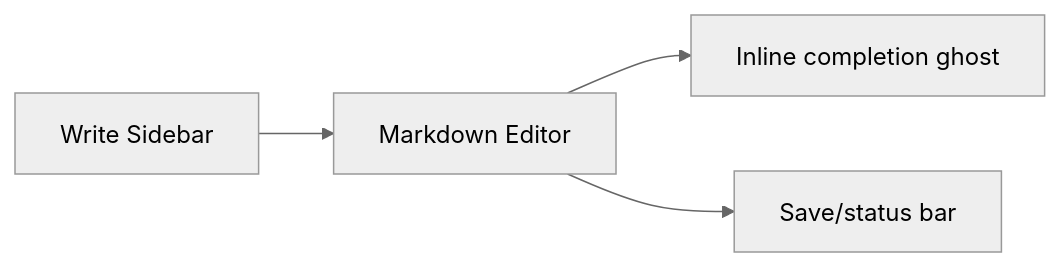
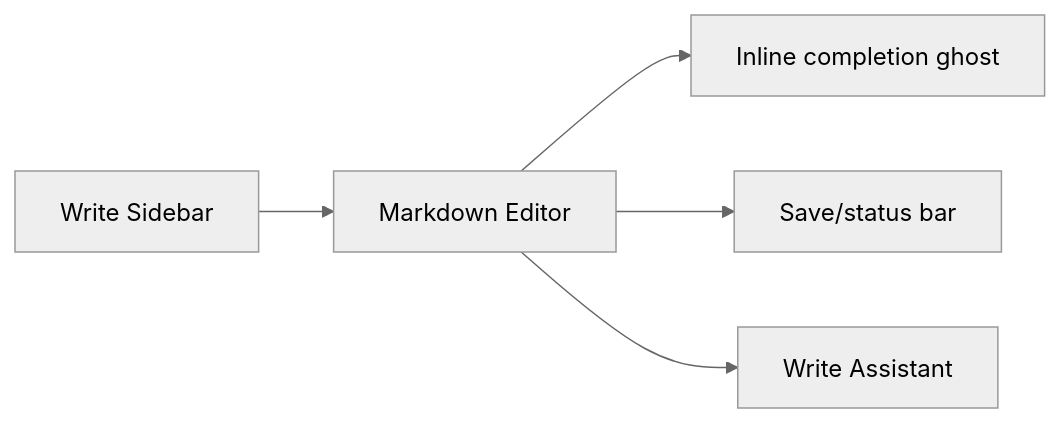
One commit to dp-sudo/agent-pyramid-desktop changed the third of 5 diagrams in docs/ui-layout-reference.md. Above: the diagram before and after it, drawn with Mermaid (neutral theme). The commit also changed other lines of this file and 39 other files, not shown here.

First line of the commit message:
feat(write): deepen write workspace with state model and assistant context

````diff
--- a/docs/ui-layout-reference.md
+++ b/docs/ui-layout-reference.md
@@ -419,11 +420,13 @@
 ```mermaid
 flowchart LR
   Sidebar["Write Sidebar"]
   Editor["Markdown Editor"]
+  Assistant["Write Assistant"]
   Ghost["Inline completion ghost"]
   Status["Save/status bar"]
 
   Sidebar --> Editor
   Editor --> Ghost
   Editor --> Status
+  Editor --> Assistant
 ```
````
